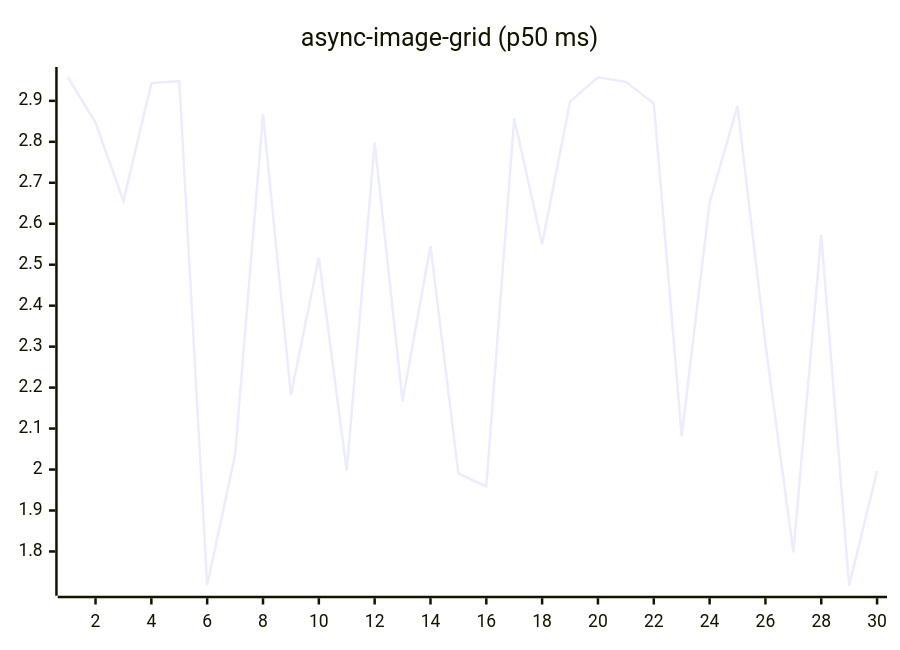
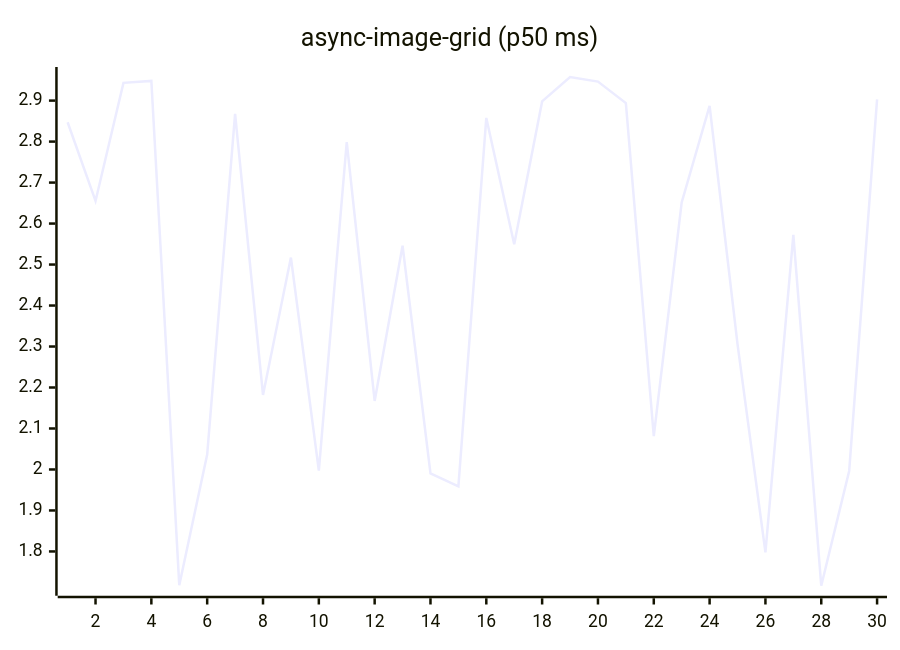
One commit to josha/Facet changed the fifth of 27 diagrams in README.md. Above: the diagram before and after it, drawn with Mermaid. The commit also changed other lines of this file and 2 other files, not shown here.

````diff
--- a/README.md
+++ b/README.md
@@ -91,6 +91,6 @@
 ```mermaid
 xychart-beta
     title "async-image-grid (p50 ms)"
     x-axis 1 --> 30
-    line [2.9582, 2.8471, 2.6552, 2.9433, 2.9481, 1.7177, 2.0365, 2.8674, 2.1819, 2.5171, 1.9970, 2.7988, 2.1671, 2.5459, 1.9906, 1.9586, 2.8577, 2.5497, 2.8980, 2.9576, 2.9463, 2.8940, 2.0815, 2.6515, 2.8871, 2.3060, 1.7979, 2.5726, 1.7163, 1.9964]
+    line [2.8471, 2.6552, 2.9433, 2.9481, 1.7177, 2.0365, 2.8674, 2.1819, 2.5171, 1.9970, 2.7988, 2.1671, 2.5459, 1.9906, 1.9586, 2.8577, 2.5497, 2.8980, 2.9576, 2.9463, 2.8940, 2.0815, 2.6515, 2.8871, 2.3060, 1.7979, 2.5726, 1.7163, 1.9964, 2.9032]
 ```
````
